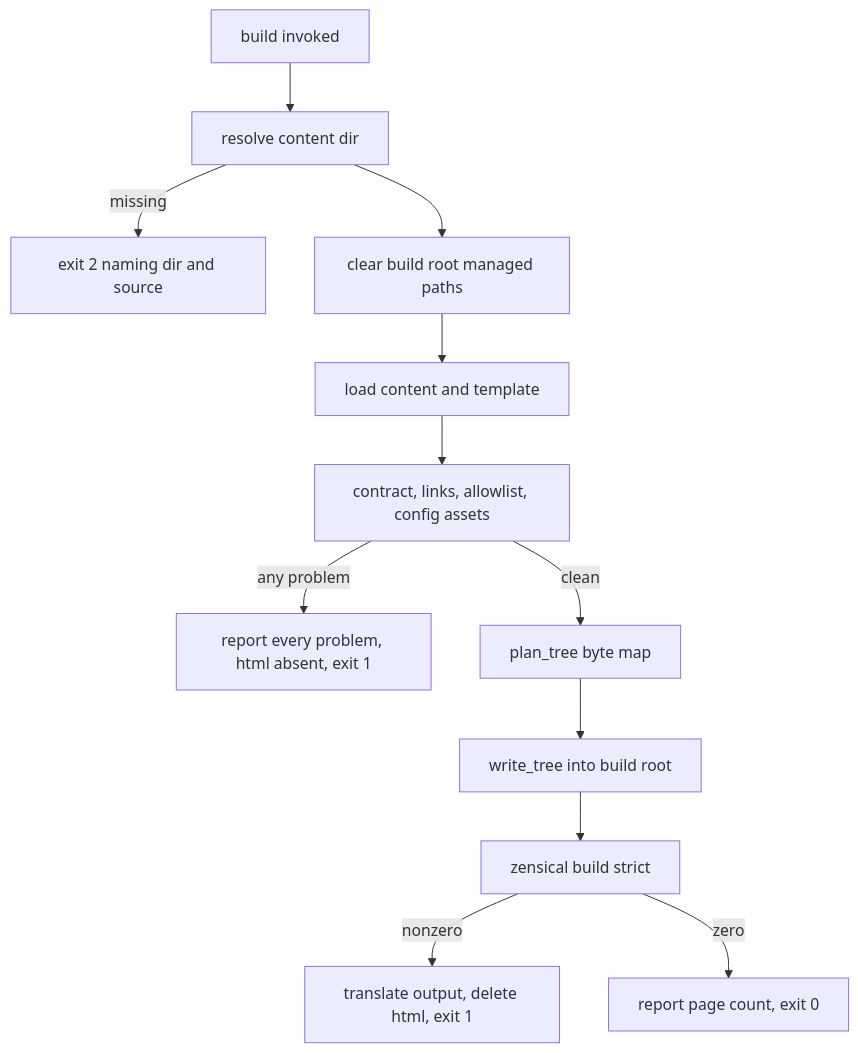
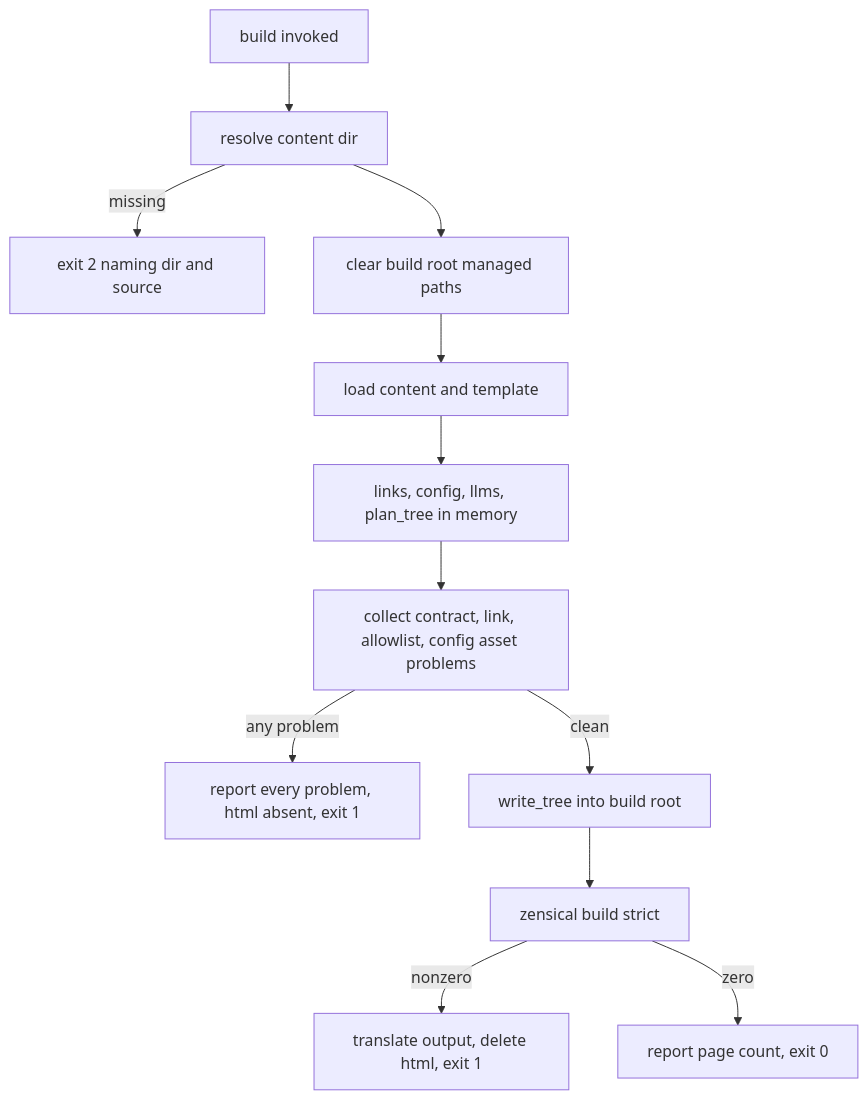
The second of 4 diagrams in .kiro/specs/docs-site/design.md (joshua-stauffer/fitdocs), drawn with Mermaid before and after one commit. The commit also changed other lines of this file and 2 other files, not shown here.

````diff
--- a/.kiro/specs/docs-site/design.md
+++ b/.kiro/specs/docs-site/design.md
@@ -334,14 +340,14 @@
 ```mermaid
 flowchart TD
     Start[build invoked] --> Resolve[resolve content dir]
     Resolve -->|missing| Exit2[exit 2 naming dir and source]
     Resolve --> Clean[clear build root managed paths]
     Clean --> Load[load content and template]
-    Load --> Checks[contract, links, allowlist, config assets]
+    Load --> Plan[links, config, llms, plan_tree in memory]
+    Plan --> Checks[collect contract, link, allowlist, config asset problems]
     Checks -->|any problem| Report1[report every problem, html absent, exit 1]
-    Checks -->|clean| Plan[plan_tree byte map]
-    Plan --> Write[write_tree into build root]
+    Checks -->|clean| Write[write_tree into build root]
     Write --> Gen[zensical build strict]
     Gen -->|nonzero| Translate[translate output, delete html, exit 1]
     Gen -->|zero| Done[report page count, exit 0]
 ```
````
